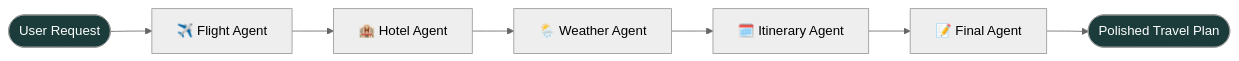
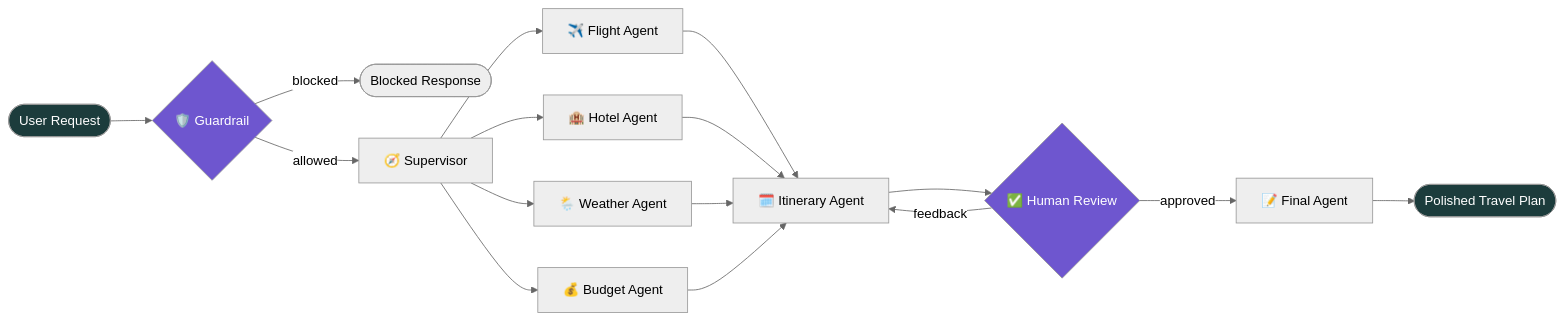
One commit to diveshkumar2233/TripMate-AI-Multi-Agent-Travel-Planner changed the diagram in README.md. Above: the diagram before and after it, drawn with Mermaid (neutral theme). The commit also changed other lines of this file, not shown here.

````diff
--- a/README.md
+++ b/README.md
@@ -52,12 +30,23 @@
 ```mermaid
 flowchart LR
-    A([User Request]) --> B[✈️ Flight Agent]
-    B --> C[🏨 Hotel Agent]
-    C --> D[🌦️ Weather Agent]
-    D --> E[🗓️ Itinerary Agent]
-    E --> F[📝 Final Agent]
-    F --> G([Polished Travel Plan])
+    A([User Request]) --> G{🛡️ Guardrail}
+    G -- blocked --> X([Blocked Response])
+    G -- allowed --> S[🧭 Supervisor]
+    S --> F[✈️ Flight Agent]
+    S --> H[🏨 Hotel Agent]
+    S --> W[🌦️ Weather Agent]
+    S --> B[💰 Budget Agent]
+    F --> I[🗓️ Itinerary Agent]
+    H --> I
+    W --> I
+    B --> I
+    I --> HITL{✅ Human Review}
+    HITL -- approved --> Fin[📝 Final Agent]
+    HITL -- feedback --> I
+    Fin --> Done([Polished Travel Plan])
 
     style A fill:#1C3C3C,color:#fff
-    style G fill:#1C3C3C,color:#fff
+    style Done fill:#1C3C3C,color:#fff
+    style G fill:#6E56CF,color:#fff
+    style HITL fill:#6E56CF,color:#fff
 ```
````
